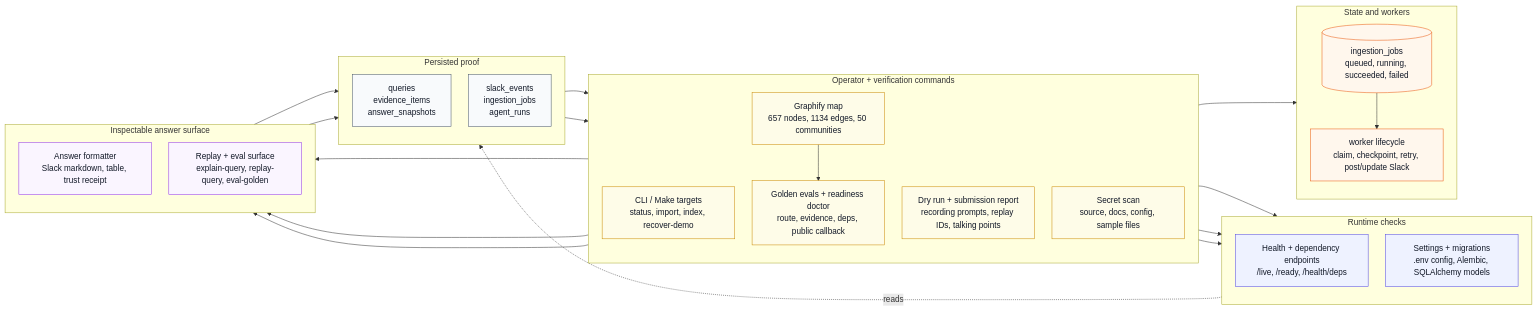
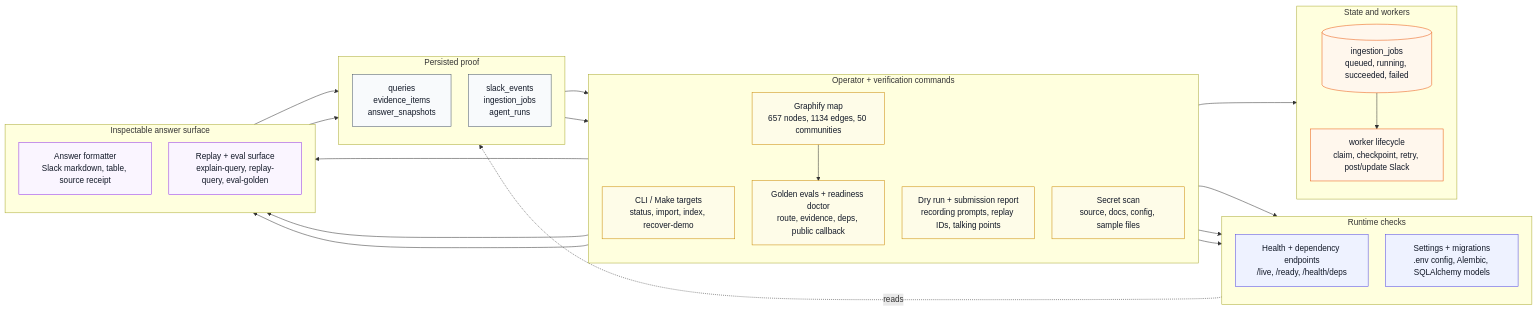
The fifth of 8 diagrams in README.md (Aqwerty321/CRE-Knowledge-Engine), drawn with Mermaid before and after one commit. The commit also changed other lines of this file and 10 other files, not shown here.

````diff
--- a/README.md
+++ b/README.md
@@ -300,62 +300,62 @@
 ```mermaid
 %%{init: {"flowchart": {"curve": "basis", "nodeSpacing": 34, "rankSpacing": 46}} }%%
 flowchart LR
     classDef ops fill:#fefce8,stroke:#ca8a04,color:#111827
     classDef app fill:#eef2ff,stroke:#4f46e5,color:#111827
     classDef store fill:#f8fafc,stroke:#475569,color:#111827
     classDef answer fill:#faf5ff,stroke:#9333ea,color:#111827
     classDef jobs fill:#fff7ed,stroke:#ea580c,color:#111827
 
     subgraph O[Operator + verification commands]
         direction TB
         O1[CLI / Make targets\nstatus, import, index, recover-demo]
         O2[Golden evals + readiness doctor\nroute, evidence, deps, public callback]
         O3[Dry run + submission report\nrecording prompts, replay IDs, talking points]
         O4[Secret scan\nsource, docs, config, sample files]
         O5[Graphify map\n657 nodes, 1134 edges, 50 communities]
     end
 
     subgraph A[Runtime checks]
         direction TB
         A3[Health + dependency endpoints\n/live, /ready, /health/deps]
         A5[Settings + migrations\n.env config, Alembic, SQLAlchemy models]
     end
 
     subgraph J[State and workers]
         direction TB
         J0[(ingestion_jobs\nqueued, running, succeeded, failed)]
         J4[worker lifecycle\nclaim, checkpoint, retry, post/update Slack]
     end
 
     subgraph E[Persisted proof]
         direction TB
         E4[queries\nevidence_items\nanswer_snapshots]
         E5[slack_events\ningestion_jobs\nagent_runs]
     end
 
     subgraph R[Inspectable answer surface]
         direction TB
-        R4[Answer formatter\nSlack markdown, table, trust receipt]
+        R4[Answer formatter\nSlack markdown, table, source receipt]
         R5[Replay + eval surface\nexplain-query, replay-query, eval-golden]
     end
 
     O1 --> J0 --> J4
     O1 --> A3
     O2 --> A3
     O2 --> R5
     O3 --> R4
     O3 --> R5
     O4 --> A5
     O5 --> O2
     A3 -.reads.-> E5
     R4 --> E4
     R5 --> E4
     E4 --> O3
     E5 --> O2
 
     class O1,O2,O3,O4,O5 ops
     class A3,A5 app
     class J0,J4 jobs
     class E4,E5 store
     class R4,R5 answer
 ```
````
